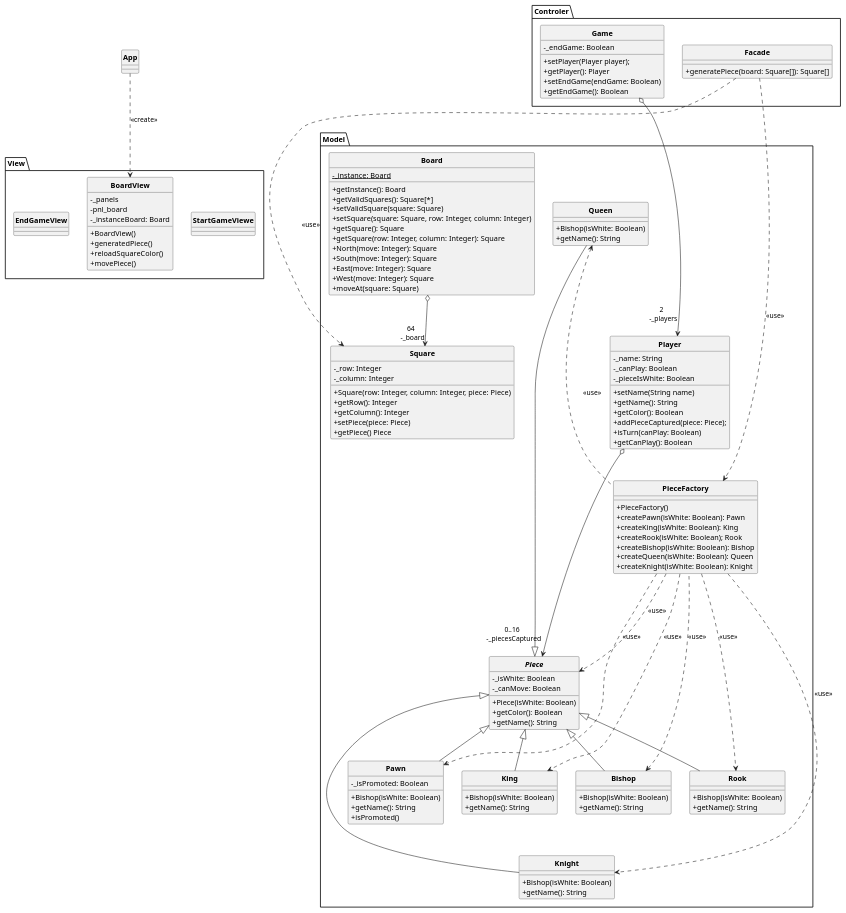
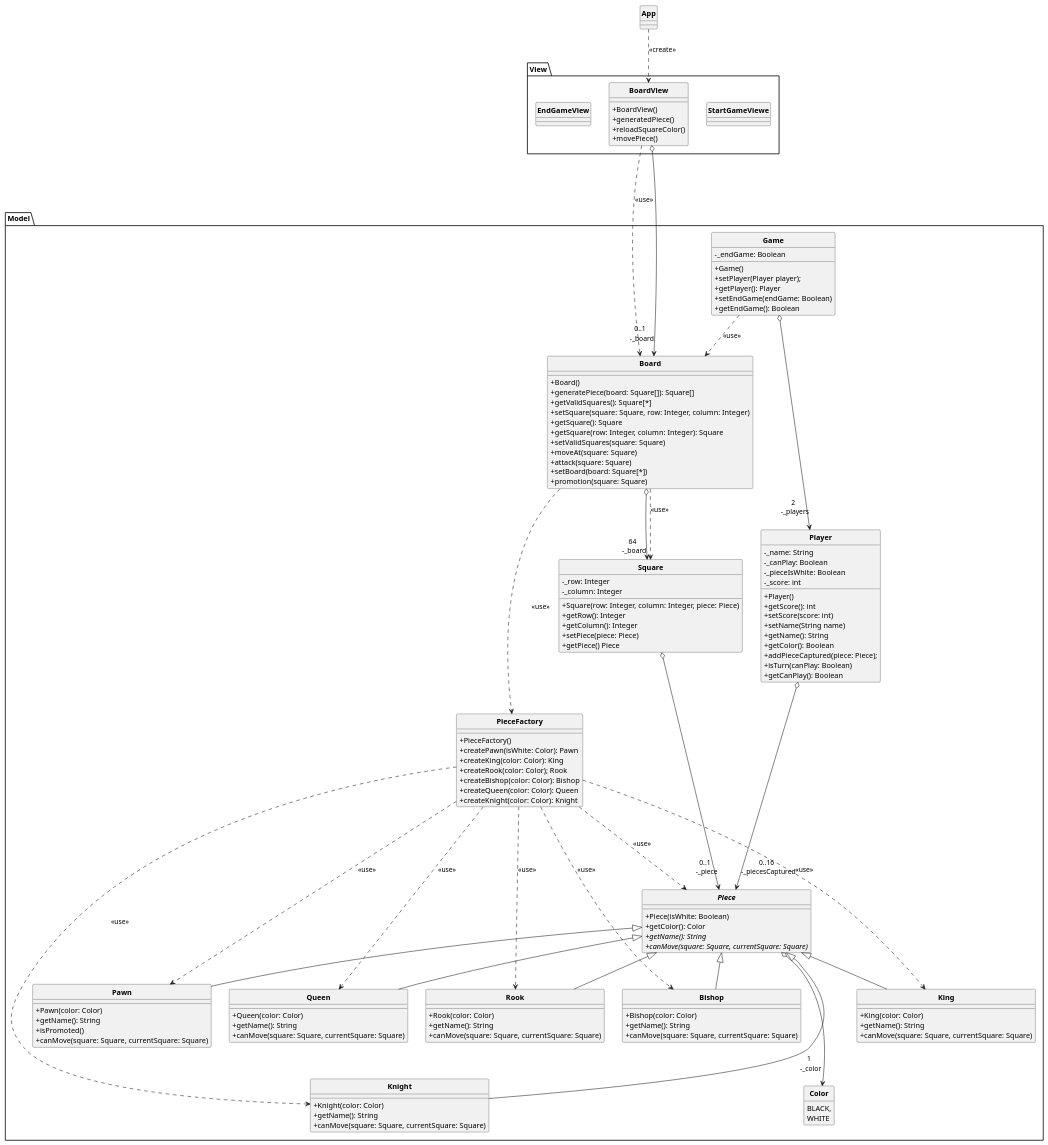
Before and after one commit to MaxDevelo/Chess-Game: the diagram in UML/Chessgame.puml, drawn with PlantUML. The commit also changed 12 other files, not shown here.

Commit message:
Implementation d'une énumération et modification de UML en respectant MVC

```diff
--- a/UML/Chessgame.puml
+++ b/UML/Chessgame.puml
@@ -1,155 +1,163 @@
 @startuml
 
 skinparam style strictuml
 skinparam classAttributeIconSize 0
 skinparam classFontStyle Bold
 hide enum methods
 
 
 class App{
 
 }
 
 package Model{
+    enum Color{
+       BLACK,
+       WHITE
+    }
     class Player{
     - _name: String
     - _canPlay: Boolean
     - _pieceIsWhite: Boolean
+    - _score: int
+    + Player()
+    + getScore(): int
+    + setScore(score: int)
     + setName(String name)
     + getName(): String
     + getColor(): Boolean
     + addPieceCaptured(piece: Piece);
     + isTurn(canPlay: Boolean)
     + getCanPlay(): Boolean
-    }
-
-    class Board{
-    - _instance: Board {static}
-    + getInstance(): Board
-    + getValidSquares(): Square[*]
-    + setValidSquare(square: Square)
-    + setSquare(square: Square, row: Integer, column: Integer)
-    + getSquare(): Square
-    + getSquare(row: Integer, column: Integer): Square
-    + North(move: Integer): Square
-    + South(move: Integer): Square
-    + East(move: Integer): Square
-    + West(move: Integer): Square
-    + moveAt(square: Square)
     }
 
     class Square{
     - _row: Integer
     - _column: Integer
     + Square(row: Integer, column: Integer, piece: Piece)
     + getRow(): Integer
     + getColumn(): Integer
     + setPiece(piece: Piece)
     + getPiece() Piece
     }
 
     class PieceFactory{
     + PieceFactory()
-    + createPawn(isWhite: Boolean): Pawn
-    + createKing(isWhite: Boolean): King
-    + createRook(isWhite: Boolean); Rook
-    + createBishop(isWhite: Boolean): Bishop
-    + createQueen(isWhite: Boolean): Queen
-    + createKnight(isWhite: Boolean): Knight
+    + createPawn(isWhite: Color): Pawn
+    + createKing(color: Color): King
+    + createRook(color: Color); Rook
+    + createBishop(color: Color): Bishop
+    + createQueen(color: Color): Queen
+    + createKnight(color: Color): Knight
     }
 
     abstract Piece{
-    - _isWhite: Boolean
-    - _canMove: Boolean
     + Piece(isWhite: Boolean)
-    + getColor(): Boolean
-    + getName(): String
+    + getColor(): Color
+    + {abstract}getName(): String
+    + {abstract}canMove(square: Square, currentSquare: Square)
     }
 
     class Pawn{
-    + Bishop(isWhite: Boolean)
+    + Pawn(color: Color)
     + getName(): String
-    - _isPromoted: Boolean
     + isPromoted()
+    + canMove(square: Square, currentSquare: Square)
     }
 
     class King{
-    + Bishop(isWhite: Boolean)
+    + King(color: Color)
     + getName(): String
+    + canMove(square: Square, currentSquare: Square)
     }
 
     class Rook{
-    + Bishop(isWhite: Boolean)
+    + Rook(color: Color)
     + getName(): String
+    + canMove(square: Square, currentSquare: Square)
     }
 
     class Bishop{
-    + Bishop(isWhite: Boolean)
+    + Bishop(color: Color)
     + getName(): String
+    + canMove(square: Square, currentSquare: Square)
     }
 
     class Queen{
-    + Bishop(isWhite: Boolean)
+    + Queen(color: Color)
     + getName(): String
+    + canMove(square: Square, currentSquare: Square)
     }
 
     class Knight{
-    + Bishop(isWhite: Boolean)
+    + Knight(color: Color)
     + getName(): String
+    + canMove(square: Square, currentSquare: Square)
     }
+
+    class Board{
+    + Board()
+    + generatePiece(board: Square[]): Square[]
+    + getValidSquares(): Square[*]
+    + setSquare(square: Square, row: Integer, column: Integer)
+    + getSquare(): Square
+    + getSquare(row: Integer, column: Integer): Square
+    + setValidSquares(square: Square)
+    + moveAt(square: Square)
+    + attack(square: Square)
+    + setBoard(board: Square[*])
+    + promotion(square: Square)
+    }
+
+
+    class Game{
+    - _endGame: Boolean
+    + Game()
+    + setPlayer(Player player);
+    + getPlayer(): Player
+    + setEndGame(endGame: Boolean)
+    + getEndGame(): Boolean
+     }
 
 }
 
 package View{
 class StartGameViewe{
 
 }
 class  BoardView{
-    - _panels
-    - pnl_board
-    - _instanceBoard: Board
     + BoardView()
     + generatedPiece()
     + reloadSquareColor()
     + movePiece()
 }
 class EndGameView{
 
 }
 }
 
-package Controler{
-    class Facade{
-    + generatePiece(board: Square[]): Square[]
-    }
-
-    class Game{
-    - _endGame: Boolean
-    + setPlayer(Player player);
-    + getPlayer(): Player
-    + setEndGame(endGame: Boolean)
-    + getEndGame(): Boolean
-    }
-
-}
 App ..> BoardView : <<create>>
-Facade ..> PieceFactory : <<use>>
-Facade ..> Square : <<use>>
+PieceFactory ..> Pawn : <<use>>
+PieceFactory ..> King : <<use>>
+PieceFactory ..> Rook : <<use>>
+PieceFactory ..> Bishop : <<use>>
+PieceFactory ..> Queen : <<use>>
+PieceFactory ..> Knight : <<use>>
+PieceFactory ...> Piece : <<use>>
+Board ..> PieceFactory : <<use>>
+Board ..> Square : <<use>>
 Board o--> "64 \n -_board" Square
 Pawn -u-|> Piece
 King -u-|> Piece
 Rook -u-|> Piece
 Bishop -u-|> Piece
 Queen -u-|> Piece
 Knight -u--|> Piece
-PieceFactory ..> Pawn : <<use>>
-PieceFactory ..> King : <<use>>
-PieceFactory ..> Rook : <<use>>
-PieceFactory -u..> Bishop : <<use>>
-PieceFactory -u..> Queen : <<use>>
-PieceFactory ..> Knight : <<use>>
-PieceFactory ...> Piece : <<use>>
 Game o---> "2 \n -_players\n" Player
 Player o----> "0..16 \n -_piecesCaptured\n" Piece
-
+Square o----> "0..1 \n -_piece\n" Piece
+Piece o---> "1 \n -_color\n" Color
+BoardView ..> Board : <<use>>
+BoardView o----> "0..1 \n -_board\n" Board
+Game ..> Board: <<use>>
 @enduml
```
